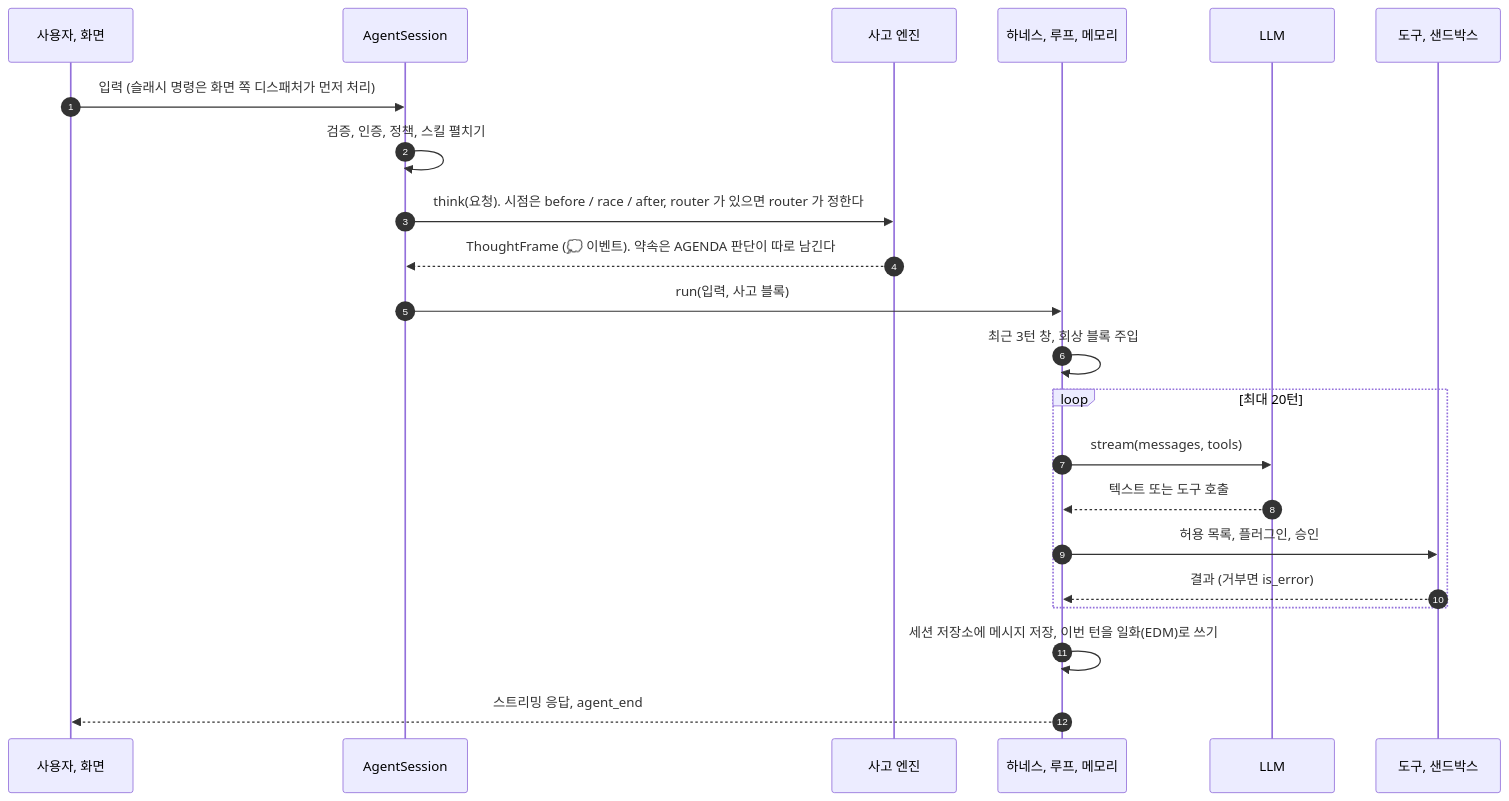
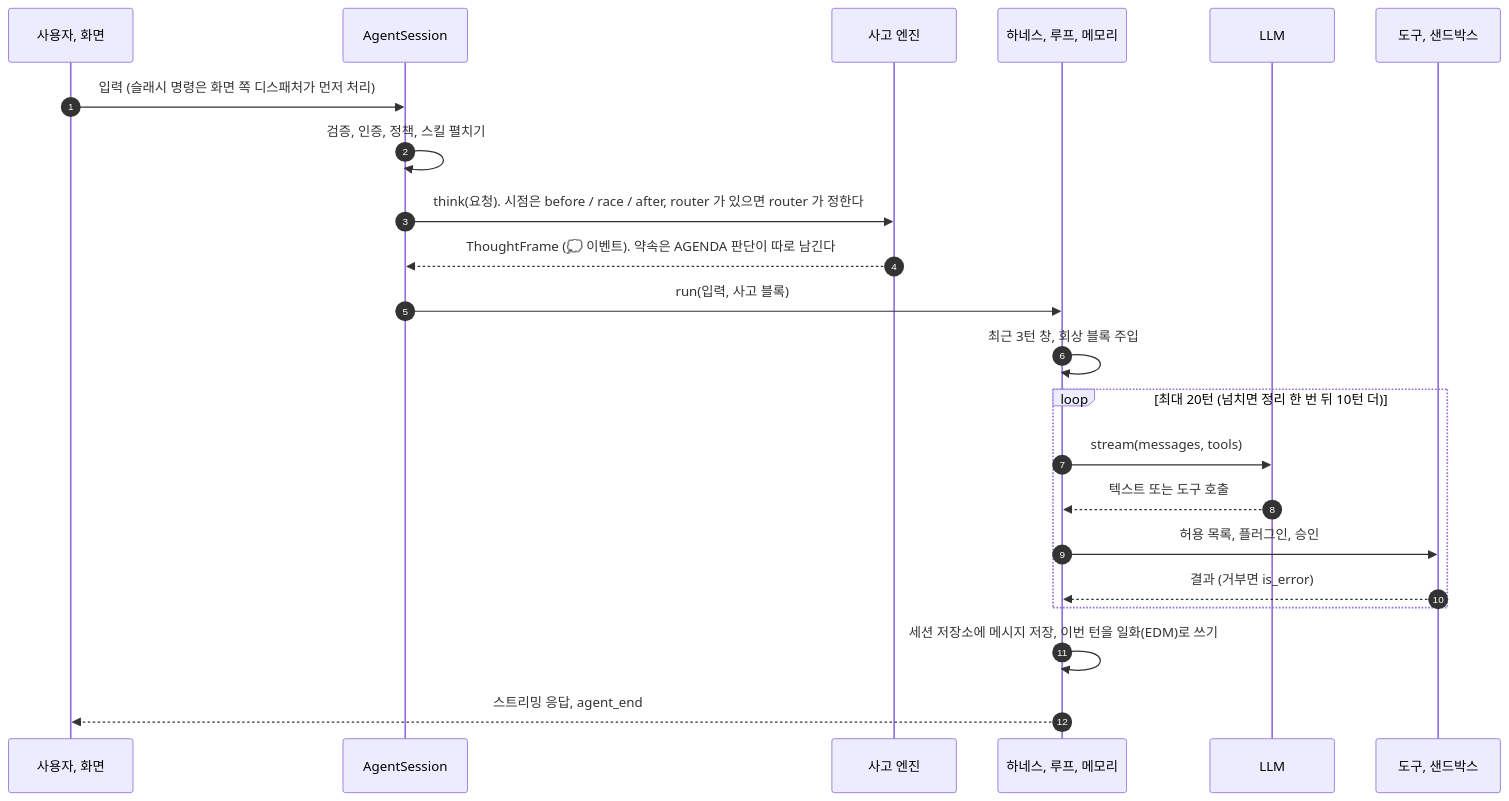
One commit to ash-hun/jarvis-agent changed the first of 4 diagrams in website/docs/concepts/architecture.md. Above: the diagram before and after it, drawn with Mermaid. The commit also changed other lines of this file and 95 other files, not shown here.

````diff
--- a/website/docs/concepts/architecture.md
+++ b/website/docs/concepts/architecture.md
@@ -53,25 +60,25 @@
 ```mermaid
 sequenceDiagram
   autonumber
   participant U as 사용자, 화면
   participant S as AgentSession
   participant T as 사고 엔진
   participant H as 하네스, 루프, 메모리
   participant L as LLM
   participant X as 도구, 샌드박스
 
   U->>S: 입력 (슬래시 명령은 화면 쪽 디스패처가 먼저 처리)
   S->>S: 검증, 인증, 정책, 스킬 펼치기
   S->>T: think(요청). 시점은 before / race / after, router 가 있으면 router 가 정한다
   T-->>S: ThoughtFrame (💭 이벤트). 약속은 AGENDA 판단이 따로 남긴다
   S->>H: run(입력, 사고 블록)
   H->>H: 최근 3턴 창, 회상 블록 주입
-  loop 최대 20턴
+  loop 최대 20턴 (넘치면 정리 한 번 뒤 10턴 더)
     H->>L: stream(messages, tools)
     L-->>H: 텍스트 또는 도구 호출
     H->>X: 허용 목록, 플러그인, 승인
     X-->>H: 결과 (거부면 is_error)
   end
   H->>H: 세션 저장소에 메시지 저장, 이번 턴을 일화(EDM)로 쓰기
   H-->>U: 스트리밍 응답, agent_end
 ```
````
